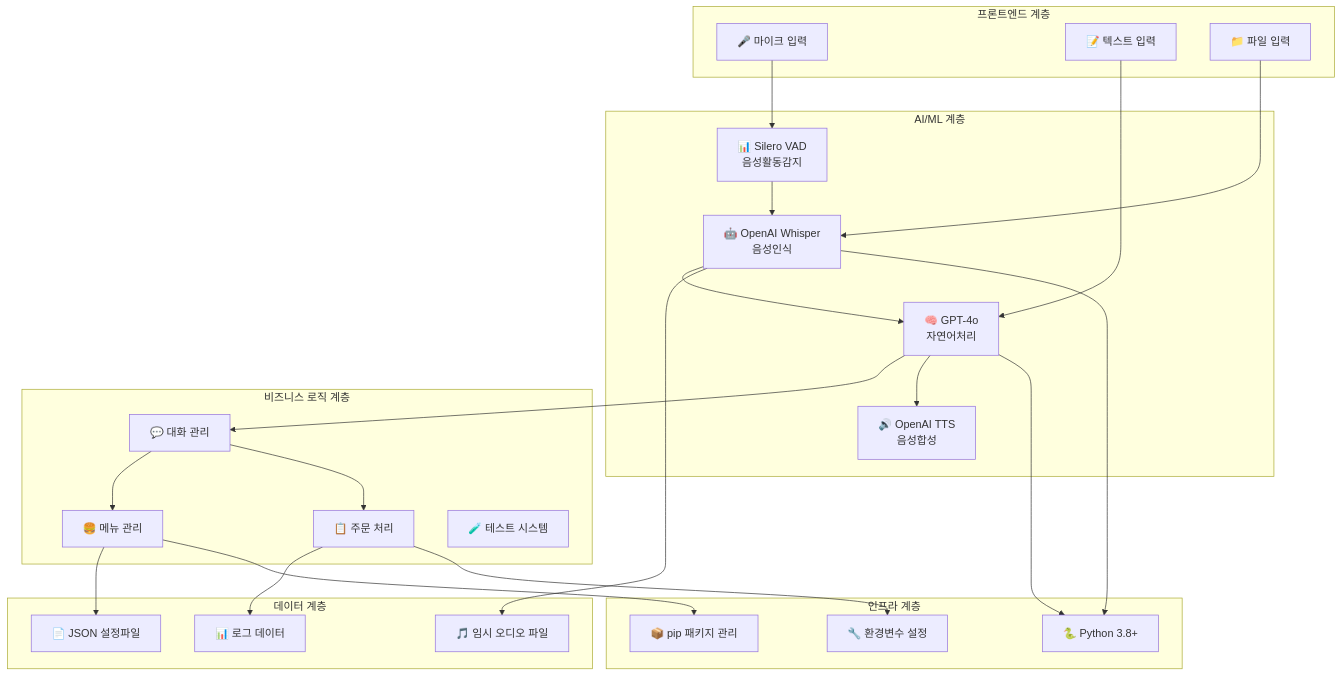
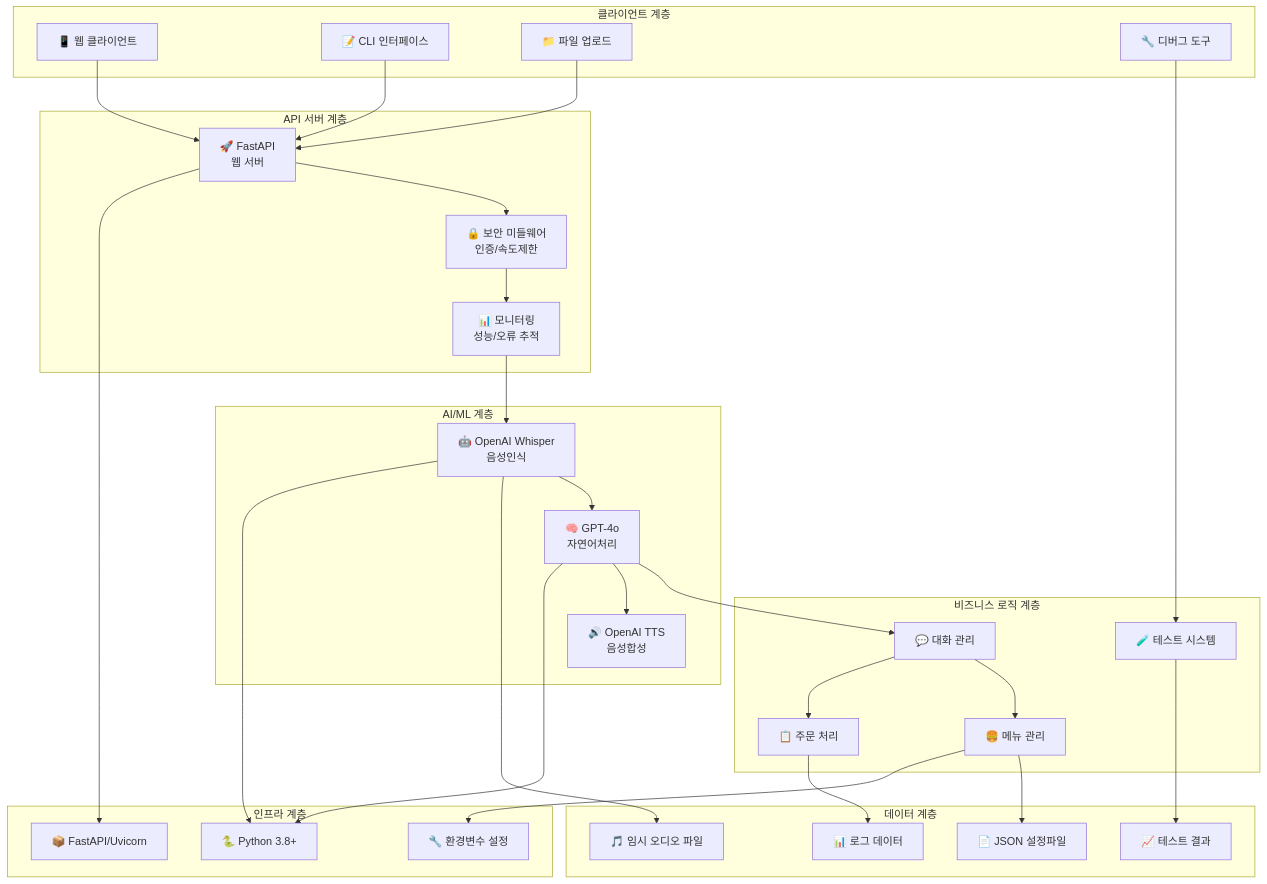
One commit to melpes/kiosk changed the fifth of 7 diagrams in architecture_diagrams.md. Above: the diagram before and after it, drawn with Mermaid. The commit also changed other lines of this file, not shown here.

First line of the commit message:
Update architecture_diagrams.md

````diff
--- a/architecture_diagrams.md
+++ b/architecture_diagrams.md
@@ -162,54 +204,65 @@
 ```mermaid
 graph TB
-    subgraph "프론트엔드 계층"
-        F1[🎤 마이크 입력]
-        F2[📝 텍스트 입력]
-        F3[📁 파일 입력]
+    subgraph "클라이언트 계층"
+        F1[📱 웹 클라이언트]
+        F2[📝 CLI 인터페이스]
+        F3[📁 파일 업로드]
+        F4[🔧 디버그 도구]
+    end
+    
+    subgraph "API 서버 계층"
+        API1[🚀 FastAPI<br/>웹 서버]
+        API2[🔒 보안 미들웨어<br/>인증/속도제한]
+        API3[📊 모니터링<br/>성능/오류 추적]
     end
     
     subgraph "AI/ML 계층"
         AI1[🤖 OpenAI Whisper<br/>음성인식]
         AI2[🧠 GPT-4o<br/>자연어처리]
         AI3[🔊 OpenAI TTS<br/>음성합성]
-        AI4[📊 Silero VAD<br/>음성활동감지]
     end
     
     subgraph "비즈니스 로직 계층"
         BL1[🍔 메뉴 관리]
         BL2[📋 주문 처리]
         BL3[💬 대화 관리]
         BL4[🧪 테스트 시스템]
     end
     
     subgraph "데이터 계층"
         D1[📄 JSON 설정파일]
         D2[📊 로그 데이터]
         D3[🎵 임시 오디오 파일]
+        D4[📈 테스트 결과]
     end
     
     subgraph "인프라 계층"
         I1[🐍 Python 3.8+]
-        I2[📦 pip 패키지 관리]
+        I2[📦 FastAPI/Uvicorn]
         I3[🔧 환경변수 설정]
     end
     
-    F1 --> AI4
-    F2 --> AI2
-    F3 --> AI1
+    F1 --> API1
+    F2 --> API1
+    F3 --> API1
+    F4 --> BL4
     
-    AI4 --> AI1
+    API1 --> API2
+    API2 --> API3
+    API3 --> AI1
     AI1 --> AI2
     AI2 --> BL3
     BL3 --> BL1
     BL3 --> BL2
     AI2 --> AI3
     
     BL1 --> D1
     BL2 --> D2
     AI1 --> D3
+    BL4 --> D4
     
+    API1 --> I2
     AI1 --> I1
     AI2 --> I1
-    BL1 --> I2
-    BL2 --> I3
+    BL1 --> I3
 ```
````
